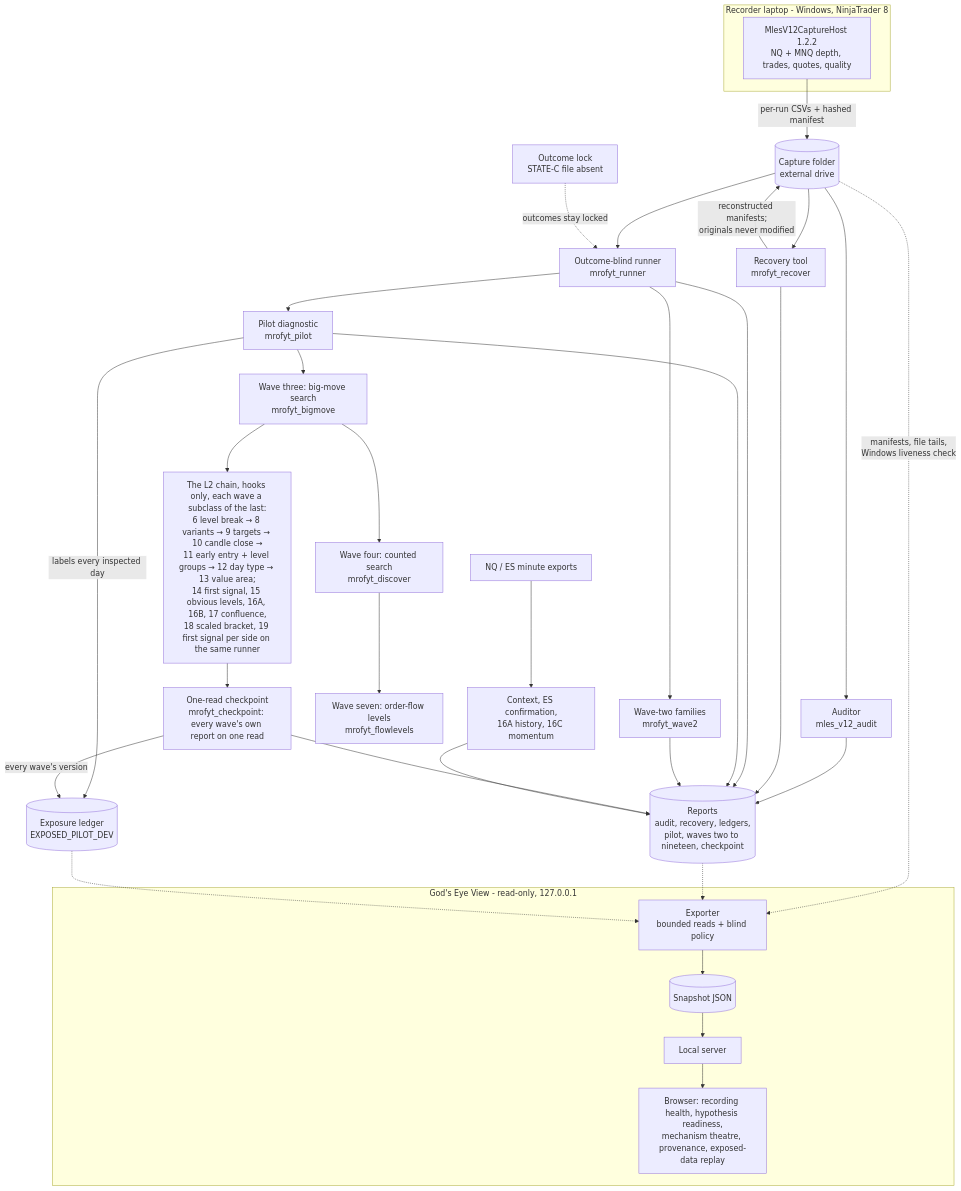
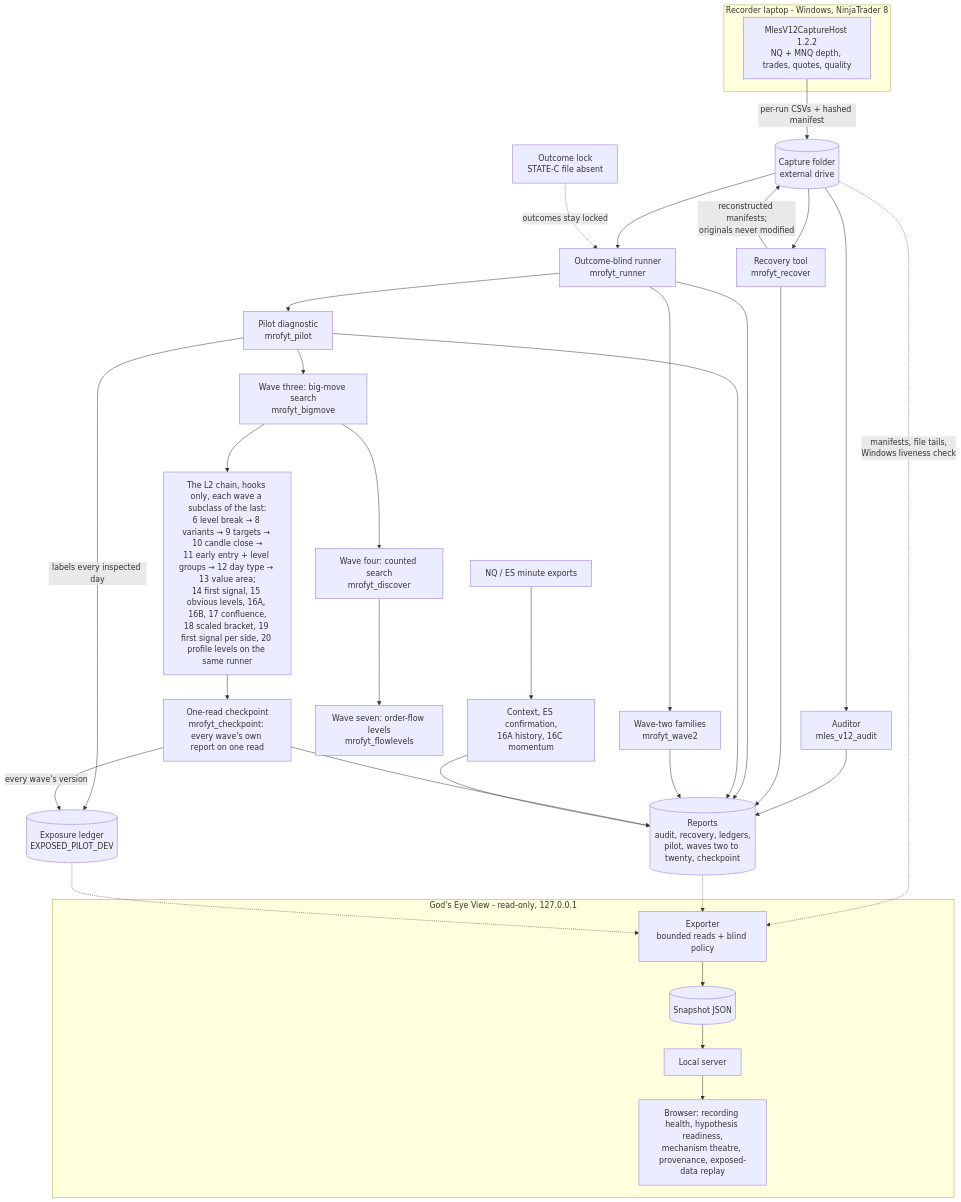
Before and after one commit to Heshh999/NGUQT: the second of 2 diagrams in README.md, drawn with Mermaid. The commit also changed other lines of this file and 10 other files, not shown here.

First line of the commit message:
V46: wave twenty, levels like the value area, in the one-read checkpoint

````diff
--- a/README.md
+++ b/README.md
@@ -85,37 +85,37 @@
 ```mermaid
 flowchart TB
     subgraph REC["Recorder laptop - Windows, NinjaTrader 8"]
         R["MlesV12CaptureHost 1.2.2<br/>NQ + MNQ depth, trades, quotes, quality"]
     end
     R -->|"per-run CSVs + hashed manifest"| CF[("Capture folder<br/>external drive")]
     CF --> AU["Auditor<br/>mles_v12_audit"]
     CF --> RC["Recovery tool<br/>mrofyt_recover"]
     RC -->|"reconstructed manifests;<br/>originals never modified"| CF
     CF --> RN["Outcome-blind runner<br/>mrofyt_runner"]
     RN --> PI["Pilot diagnostic<br/>mrofyt_pilot"]
     RN --> W2["Wave-two families<br/>mrofyt_wave2"]
     PI --> W3["Wave three: big-move search<br/>mrofyt_bigmove"]
     W3 --> W4["Wave four: counted search<br/>mrofyt_discover"]
     W4 --> W7["Wave seven: order-flow levels<br/>mrofyt_flowlevels"]
-    W3 --> CH["The L2 chain, hooks only, each wave a subclass of the last:<br/>6 level break → 8 variants → 9 targets → 10 candle close →<br/>11 early entry + level groups → 12 day type → 13 value area;<br/>14 first signal, 15 obvious levels, 16A, 16B, 17 confluence,<br/>18 scaled bracket, 19 first signal per side on the same runner"]
+    W3 --> CH["The L2 chain, hooks only, each wave a subclass of the last:<br/>6 level break → 8 variants → 9 targets → 10 candle close →<br/>11 early entry + level groups → 12 day type → 13 value area;<br/>14 first signal, 15 obvious levels, 16A, 16B, 17 confluence,<br/>18 scaled bracket, 19 first signal per side, 20 profile levels on the same runner"]
     CH --> CP["One-read checkpoint<br/>mrofyt_checkpoint: every wave's own report on one read"]
     MB["NQ / ES minute exports"] --> CX["Context, ES confirmation,<br/>16A history, 16C momentum"]
     PI -->|"labels every inspected day"| LG[("Exposure ledger<br/>EXPOSED_PILOT_DEV")]
     CP -->|"every wave's version"| LG
-    AU --> RP[("Reports<br/>audit, recovery, ledgers,<br/>pilot, waves two to nineteen, checkpoint")]
+    AU --> RP[("Reports<br/>audit, recovery, ledgers,<br/>pilot, waves two to twenty, checkpoint")]
     RC --> RP
     RN --> RP
     PI --> RP
     W2 --> RP
     CP --> RP
     CX --> RP
     LOCK["Outcome lock<br/>STATE-C file absent"] -.->|"outcomes stay locked"| RN
     subgraph GE["God's Eye View - read-only, 127.0.0.1"]
         EX["Exporter<br/>bounded reads + blind policy"] --> SN[("Snapshot JSON")]
         SN --> SV["Local server"]
         SV --> UI["Browser: recording health, hypothesis readiness,<br/>mechanism theatre, provenance, exposed-data replay"]
     end
     CF -.->|"manifests, file tails,<br/>Windows liveness check"| EX
     RP -.-> EX
     LG -.-> EX
 ```
````
